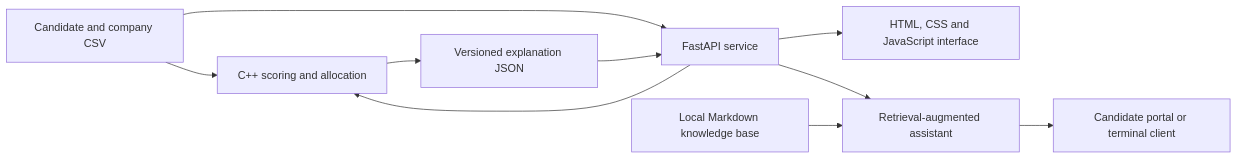
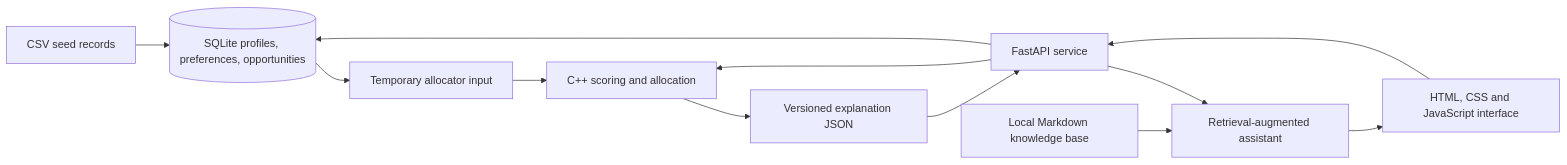
Before and after one commit to developmentwithparth1311/FairSeat: the diagram in README.md, drawn with Mermaid. The commit also changed other lines of this file and 3 other files, not shown here.

````diff
--- a/README.md
+++ b/README.md
@@ -25,12 +26,14 @@
 ```mermaid
 flowchart LR
-  CSV[Candidate and company CSV] --> CORE[C++ scoring and allocation]
+  SEED[CSV seed records] --> DB[(SQLite profiles, preferences, opportunities)]
+  WEB[HTML, CSS and JavaScript interface] --> API[FastAPI service]
+  API --> DB
+  DB --> INPUT[Temporary allocator input]
+  INPUT --> CORE[C++ scoring and allocation]
   CORE --> JSON[Versioned explanation JSON]
-  CSV --> API[FastAPI service]
   API --> CORE
   JSON --> API
-  API --> WEB[HTML, CSS and JavaScript interface]
   API --> RAG[Retrieval-augmented assistant]
   KB[Local Markdown knowledge base] --> RAG
-  RAG --> CHAT[Candidate portal or terminal client]
+  RAG --> WEB
 ```
````
